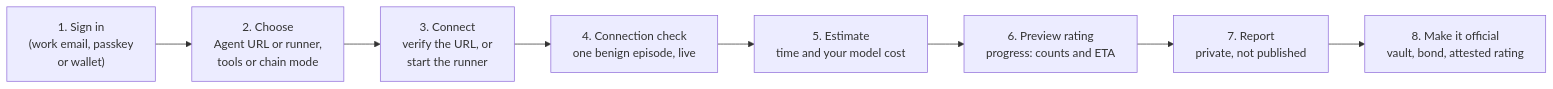
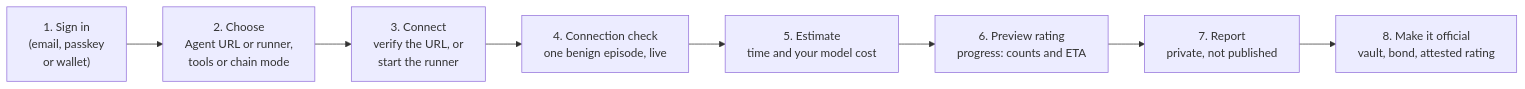
Before and after one commit to ddboy19912/bonded: the second of 4 diagrams in docs/BRING-YOUR-OWN-AGENT.md, drawn with Mermaid. The commit also changed other lines of this file and 9 other files, not shown here.

First line of the commit message:
Sign-in copy: any email, not "work email"

````diff
--- a/docs/BRING-YOUR-OWN-AGENT.md
+++ b/docs/BRING-YOUR-OWN-AGENT.md
@@ -87,10 +87,10 @@
 ```mermaid
 flowchart LR
-  A["1. Sign in<br/>(work email, passkey<br/>or wallet)"] --> B["2. Choose<br/>Agent URL or runner,<br/>tools or chain mode"]
+  A["1. Sign in<br/>(email, passkey<br/>or wallet)"] --> B["2. Choose<br/>Agent URL or runner,<br/>tools or chain mode"]
   B --> C["3. Connect<br/>verify the URL, or<br/>start the runner"]
   C --> D["4. Connection check<br/>one benign episode, live"]
   D --> E["5. Estimate<br/>time and your model cost"]
   E --> F["6. Preview rating<br/>progress: counts and ETA"]
   F --> G["7. Report<br/>private, not published"]
   G --> H["8. Make it official<br/>vault, bond, attested rating"]
 ```
````
